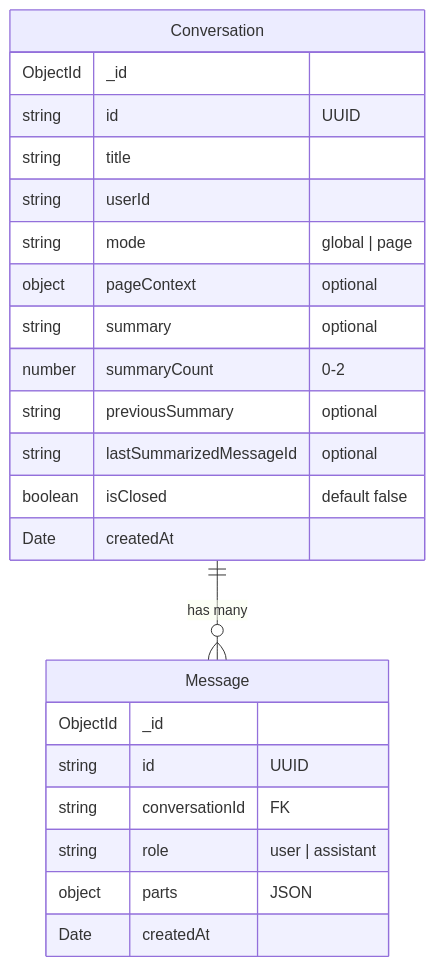
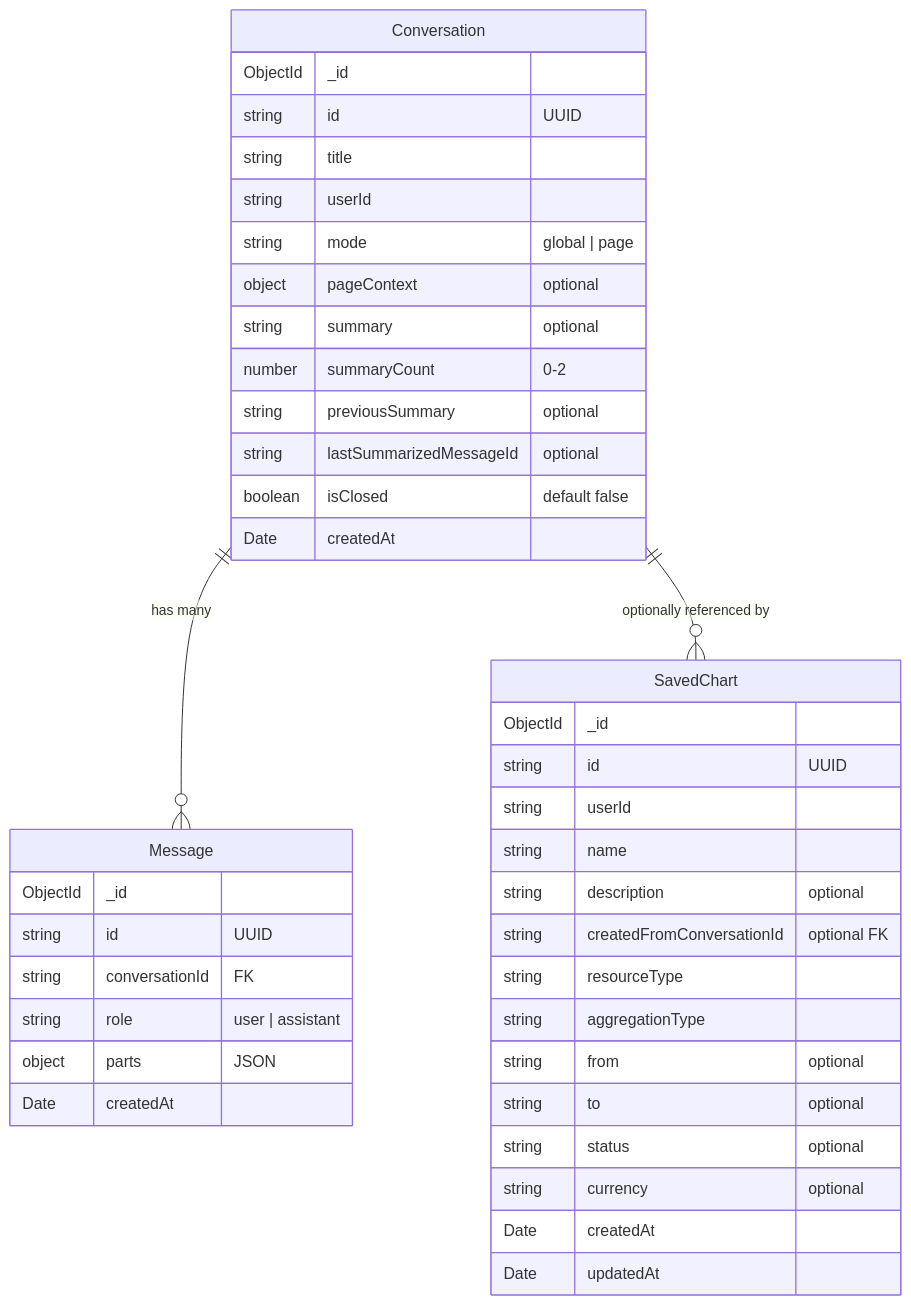
One commit to alex-paystack/command-centre-api changed the diagram in docs/database.md. Above: the diagram before and after it, drawn with Mermaid. The commit also changed other lines of this file and 26 other files, not shown here.

Commit message:
feat: implement chart persistence

````diff
--- a/docs/database.md
+++ b/docs/database.md
@@ -174,28 +233,46 @@
 ```mermaid
 erDiagram
     Conversation {
         ObjectId _id
         string id "UUID"
         string title
         string userId
         string mode "global | page"
         object pageContext "optional"
         string summary "optional"
         number summaryCount "0-2"
         string previousSummary "optional"
         string lastSummarizedMessageId "optional"
         boolean isClosed "default false"
         Date createdAt
     }
 
     Message {
         ObjectId _id
         string id "UUID"
         string conversationId "FK"
         string role "user | assistant"
         object parts "JSON"
         Date createdAt
     }
 
+    SavedChart {
+        ObjectId _id
+        string id "UUID"
+        string userId
+        string name
+        string description "optional"
+        string createdFromConversationId "optional FK"
+        string resourceType
+        string aggregationType
+        string from "optional"
+        string to "optional"
+        string status "optional"
+        string currency "optional"
+        Date createdAt
+        Date updatedAt
+    }
+
     Conversation ||--o{ Message : "has many"
+    Conversation ||--o{ SavedChart : "optionally referenced by"
 ```
````
